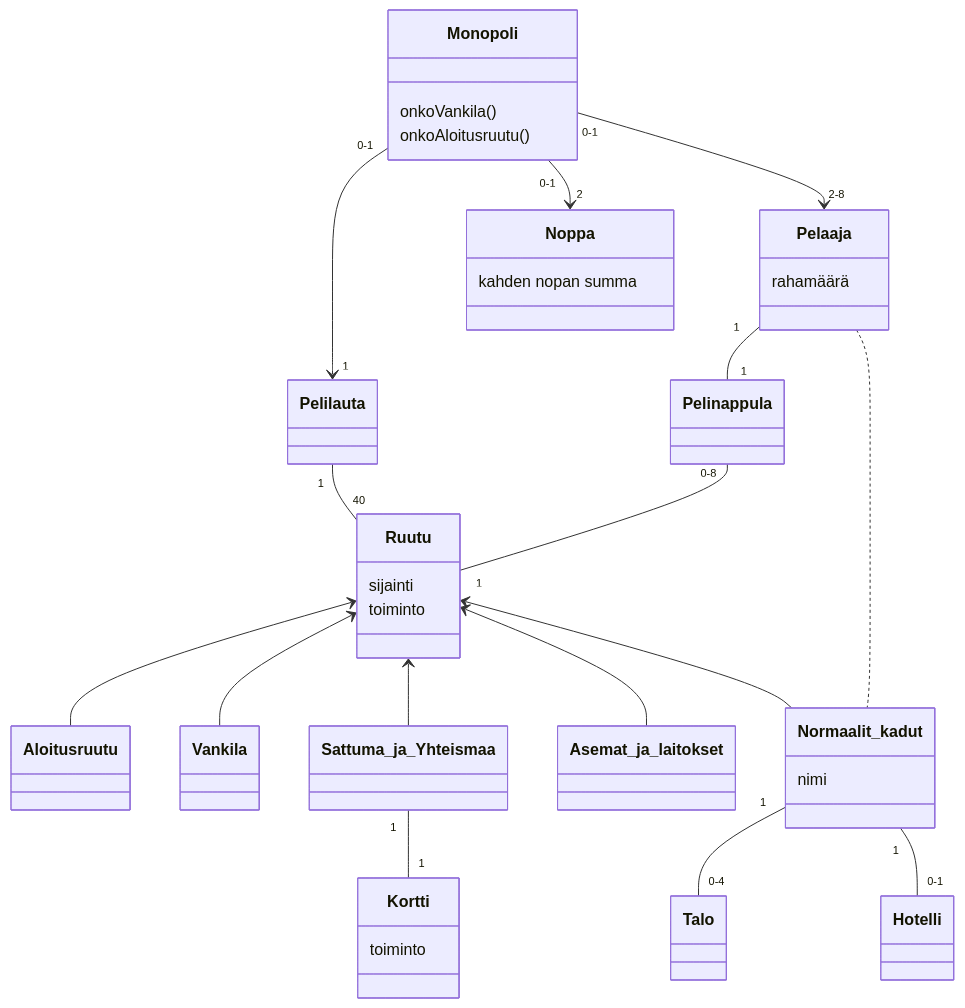
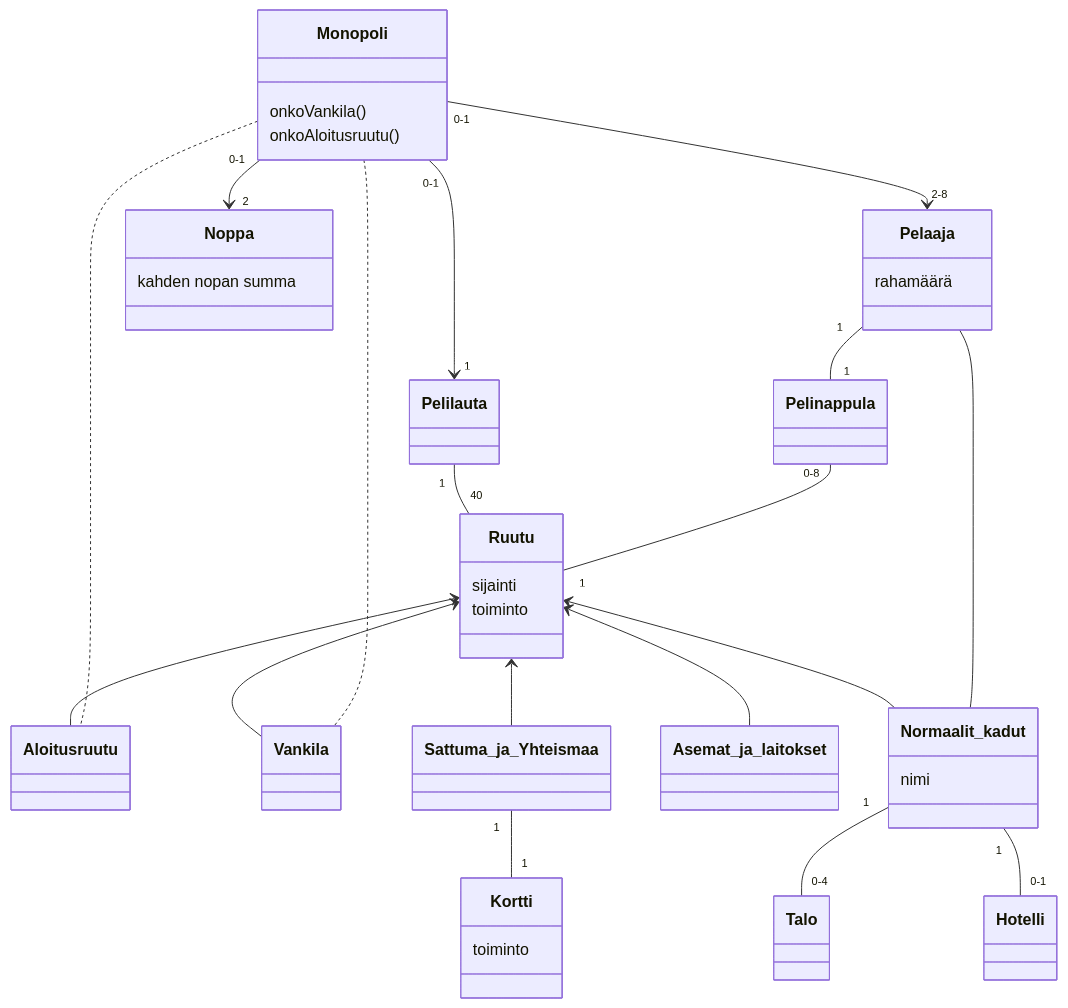
Before and after one commit to nikihietala/StrengthApp: the diagram in laskarit/viikko3/tehtava2.md, drawn with Mermaid.

Commit message:
tehtava2

````diff
--- a/laskarit/viikko3/tehtava2.md
+++ b/laskarit/viikko3/tehtava2.md
@@ -1,54 +1,56 @@
 ```mermaid
 	classDiagram
 		Monopoli "0-1" --> "1" Pelilauta
 		Monopoli "0-1" --> "2-8" Pelaaja
 		Pelilauta "1" -- "40" Ruutu
 		Monopoli "0-1" --> "2" Noppa
 		Pelaaja "1" -- "1" Pelinappula
 		Pelinappula "0-8" -- "1" Ruutu
 		Ruutu <-- Aloitusruutu
 		Ruutu <-- Vankila
 		Ruutu <-- Sattuma_ja_Yhteismaa
 		Ruutu <-- Asemat_ja_laitokset
 		Ruutu <-- Normaalit_kadut
 		Sattuma_ja_Yhteismaa "1" -- "1" Kortti
-		Pelaaja .. Normaalit_kadut
+		Pelaaja -- Normaalit_kadut
 		Normaalit_kadut "1" -- "0-4" Talo
 		Normaalit_kadut "1" -- "0-1" Hotelli
+		Monopoli .. Vankila
+		Monopoli .. Aloitusruutu
 		class Monopoli{
 			onkoVankila()
 			onkoAloitusruutu()
 		}
 		class Noppa{
 			kahden nopan summa
 		}
 		class Pelaaja{
 			rahamäärä
 		}
 		class Pelilauta{
 		}
 		class Ruutu{
 			sijainti
 			toiminto
 		}
 		class Pelinappula{
 		}
 		class Aloitusruutu{
 		}
 		class Vankila{
 		}
 		class Sattuma_ja_Yhteismaa{
 		}
 		class Asemat_ja_laitokset{
 		}
 		class Normaalit_kadut{
 			nimi
 		}
 		class Kortti{
 			toiminto
 		}
 		class Talo{
 		}
 		class Hotelli{
 		}
 ```
````
